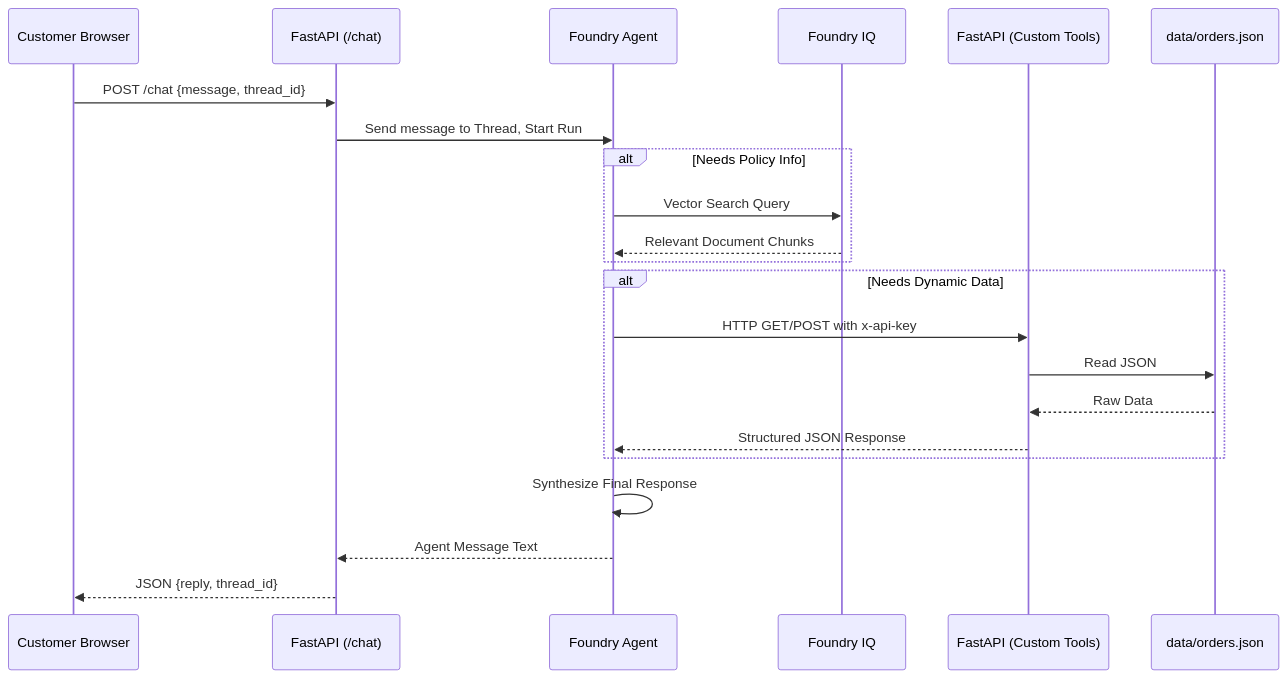
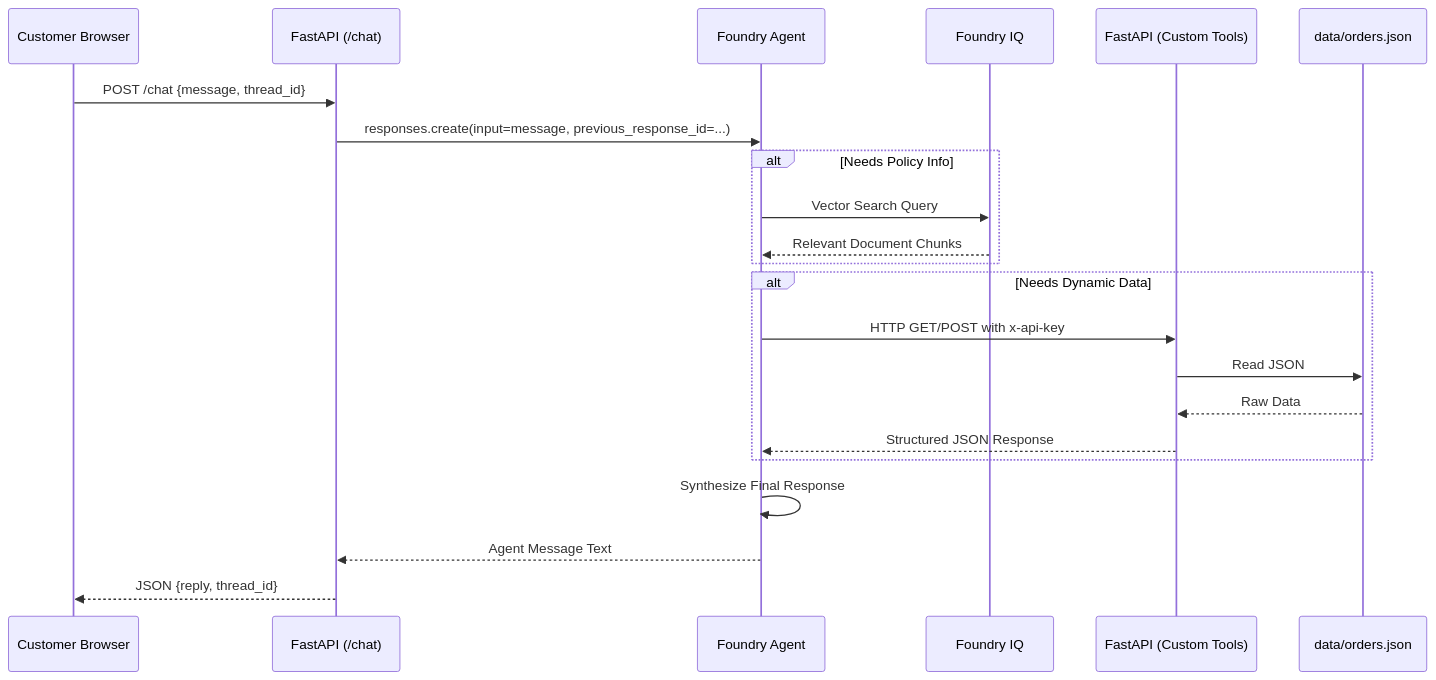
Before and after one commit to aastik07/customer-support-agent: the second of 2 diagrams in docs/architecture.md, drawn with Mermaid. The commit also changed other lines of this file and 8 other files, not shown here.

````diff
--- a/docs/architecture.md
+++ b/docs/architecture.md
@@ -154,28 +154,28 @@
 ```mermaid
 sequenceDiagram
     participant User as Customer Browser
     participant API as FastAPI (/chat)
     participant Agent as Foundry Agent
     participant RAG as Foundry IQ
     participant Tools as FastAPI (Custom Tools)
     participant DB as data/orders.json
 
     User->>API: POST /chat {message, thread_id}
-    API->>Agent: Send message to Thread, Start Run
+    API->>Agent: responses.create(input=message, previous_response_id=...)
     
     alt Needs Policy Info
         Agent->>RAG: Vector Search Query
         RAG-->>Agent: Relevant Document Chunks
     end
     
     alt Needs Dynamic Data
         Agent->>Tools: HTTP GET/POST with x-api-key
         Tools->>DB: Read JSON
         DB-->>Tools: Raw Data
         Tools-->>Agent: Structured JSON Response
     end
     
     Agent->>Agent: Synthesize Final Response
     Agent-->>API: Agent Message Text
     API-->>User: JSON {reply, thread_id}
 ```
````
